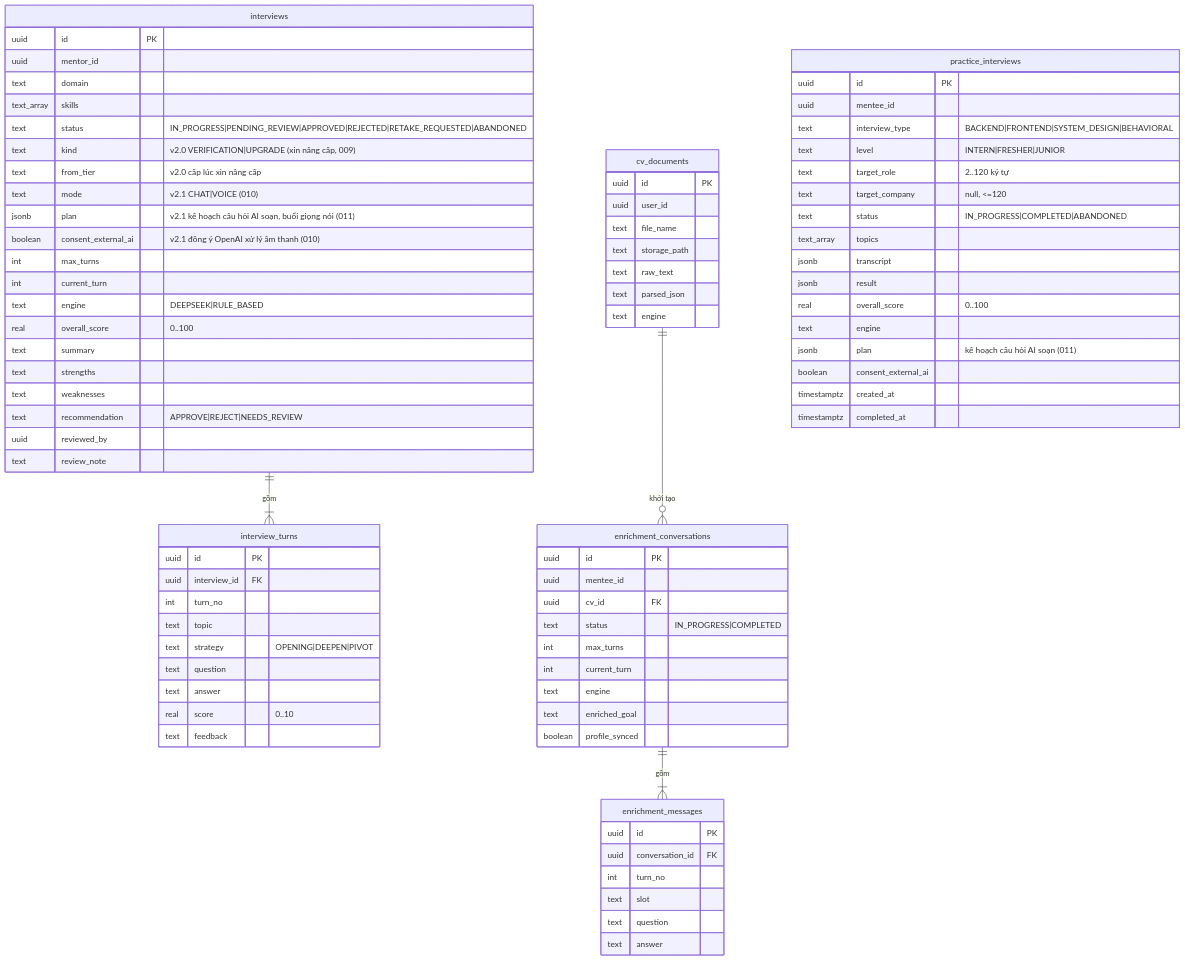
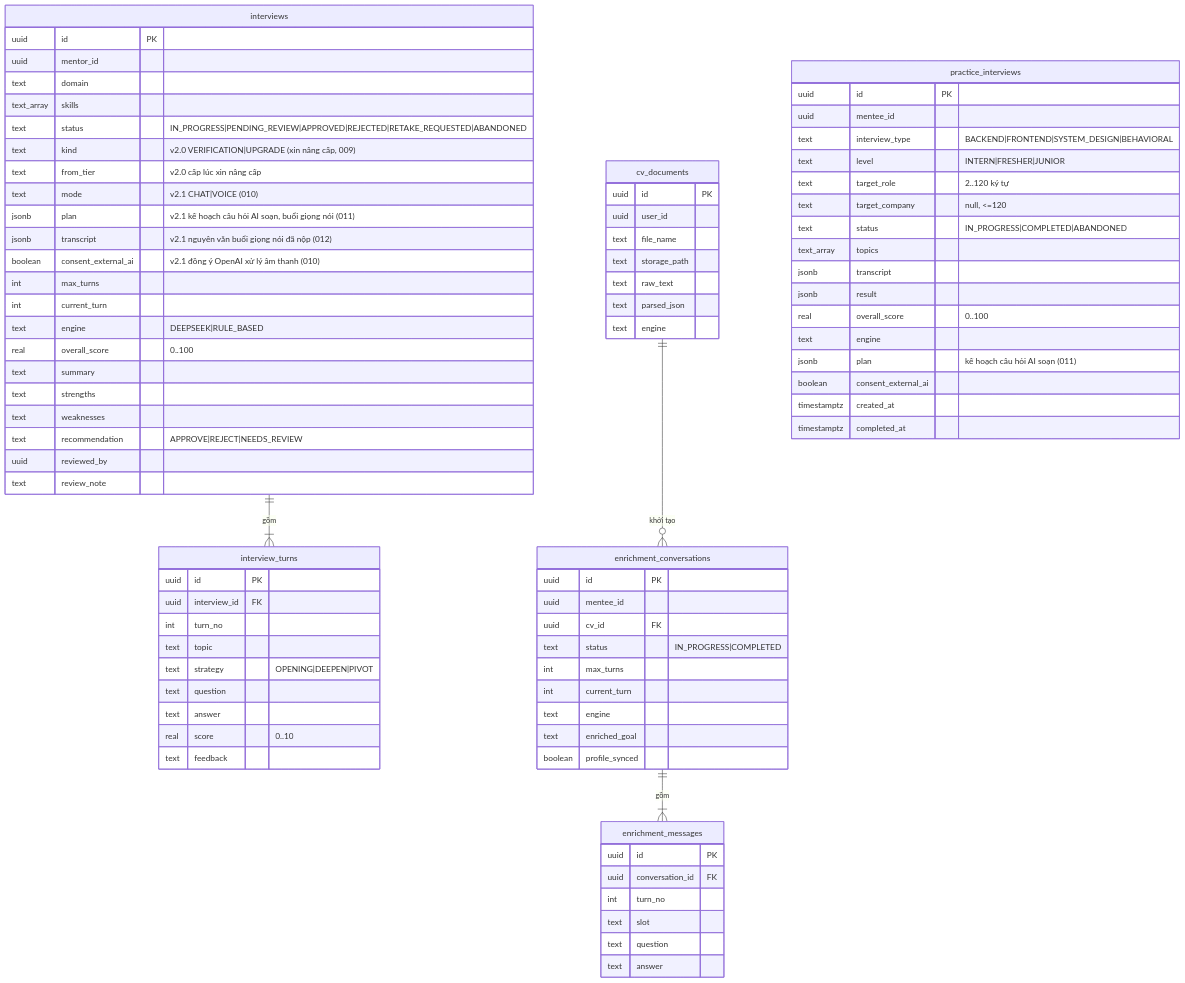
Before and after one commit to quangpham10212004/do_an_2026: the fifth of 8 diagrams in docs/database-design.md, drawn with Mermaid. The commit also changed other lines of this file and 15 other files, not shown here.

```diff
--- a/docs/database-design.md
+++ b/docs/database-design.md
@@ -243,6 +243,7 @@
         text from_tier "v2.0 cấp lúc xin nâng cấp"
         text mode "v2.1 CHAT|VOICE (010)"
         jsonb plan "v2.1 kế hoạch câu hỏi AI soạn, buổi giọng nói (011)"
+        jsonb transcript "v2.1 nguyên văn buổi giọng nói đã nộp (012)"
         boolean consent_external_ai "v2.1 đồng ý OpenAI xử lý âm thanh (010)"
         int max_turns
         int current_turn
```
